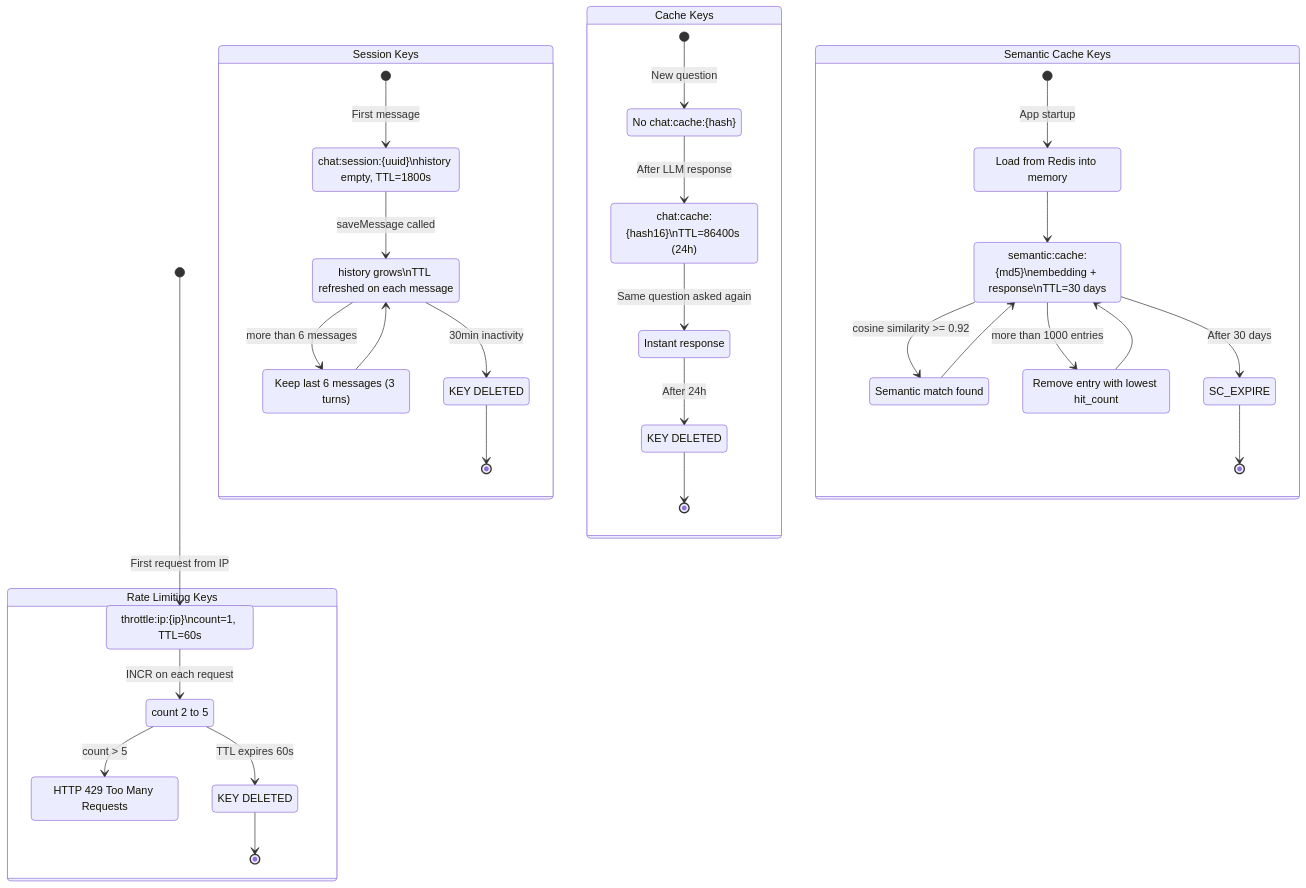
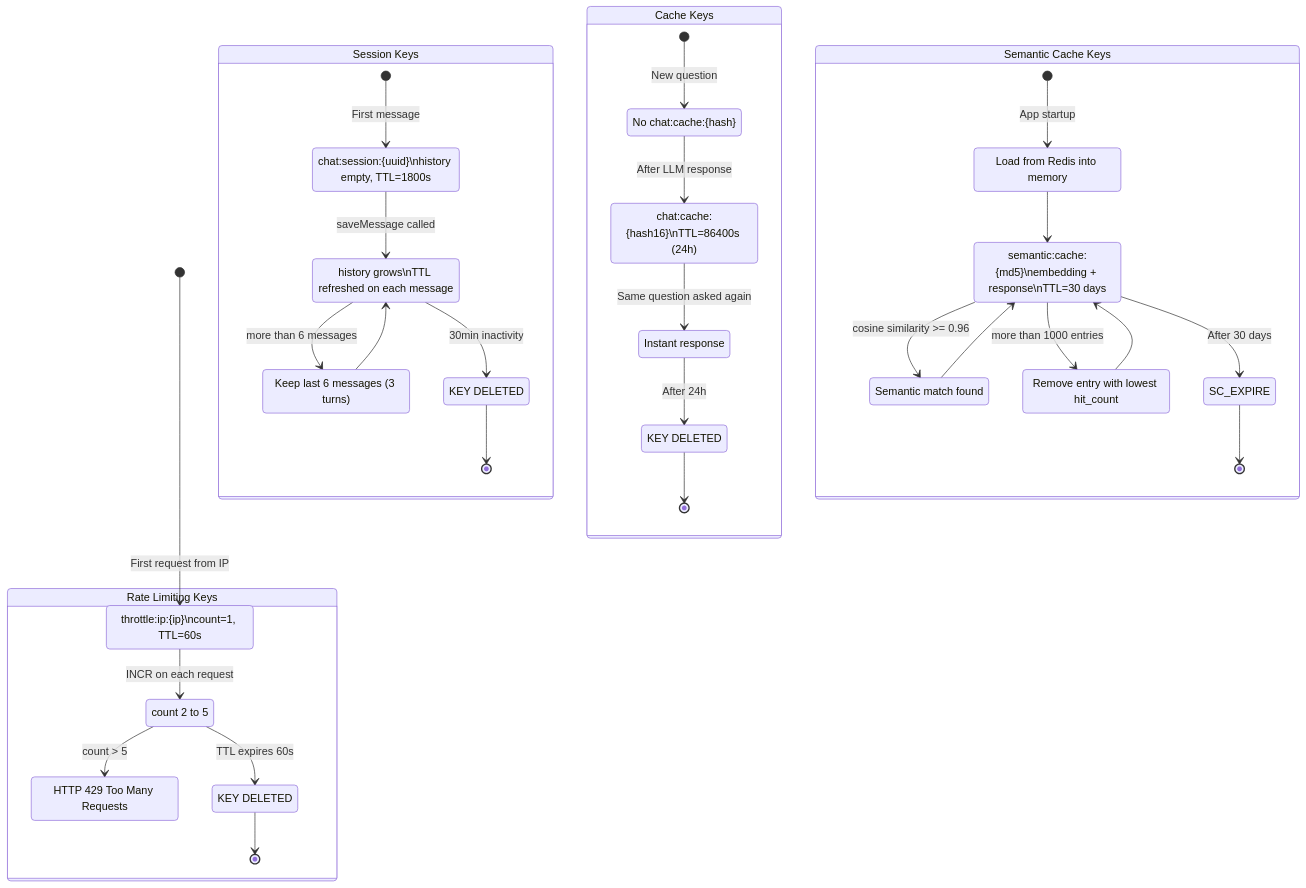
Diagram 15 of 15 in docs/ai-engine/chatbot-diagrams.md (truongvinhkhuong/tdh-tte), drawn with Mermaid before and after one commit. The commit also changed other lines of this file and 23 other files, not shown here.

````diff
--- a/docs/ai-engine/chatbot-diagrams.md
+++ b/docs/ai-engine/chatbot-diagrams.md
@@ -763,55 +763,55 @@
 ```mermaid
 stateDiagram-v2
     [*] --> IP_COUNTER : First request from IP
 
     state "Rate Limiting Keys" as RL {
         IP_COUNTER : throttle:ip:{ip}\ncount=1, TTL=60s
         IP_COUNTER --> IP_COUNTING : INCR on each request
         IP_COUNTING : count 2 to 5
         IP_COUNTING --> IP_LIMIT : count > 5
         IP_LIMIT : HTTP 429 Too Many Requests
         IP_COUNTING --> IP_EXPIRE : TTL expires 60s
         IP_EXPIRE : KEY DELETED
         IP_EXPIRE --> [*]
     }
 
     state "Session Keys" as SK {
         [*] --> SESSION_NEW : First message
         SESSION_NEW : chat:session:{uuid}\nhistory empty, TTL=1800s
         SESSION_NEW --> SESSION_ACTIVE : saveMessage called
         SESSION_ACTIVE : history grows\nTTL refreshed on each message
         SESSION_ACTIVE --> SESSION_TRIM : more than 6 messages
         SESSION_TRIM : Keep last 6 messages (3 turns)
         SESSION_TRIM --> SESSION_ACTIVE
         SESSION_ACTIVE --> SESSION_EXPIRE : 30min inactivity
         SESSION_EXPIRE : KEY DELETED
         SESSION_EXPIRE --> [*]
     }
 
     state "Cache Keys" as CK {
         [*] --> CACHE_MISS : New question
         CACHE_MISS : No chat:cache:{hash}
         CACHE_MISS --> CACHE_WRITE : After LLM response
         CACHE_WRITE : chat:cache:{hash16}\nTTL=86400s (24h)
         CACHE_WRITE --> CACHE_HIT : Same question asked again
         CACHE_HIT : Instant response
         CACHE_HIT --> CACHE_EXPIRE : After 24h
         CACHE_EXPIRE : KEY DELETED
         CACHE_EXPIRE --> [*]
     }
 
     state "Semantic Cache Keys" as SC {
         [*] --> SC_LOAD : App startup
         SC_LOAD : Load from Redis into memory
         SC_LOAD --> SC_ACTIVE
         SC_ACTIVE : semantic:cache:{md5}\nembedding + response\nTTL=30 days
-        SC_ACTIVE --> SC_HIT : cosine similarity >= 0.92
+        SC_ACTIVE --> SC_HIT : cosine similarity >= 0.96
         SC_HIT : Semantic match found
         SC_HIT --> SC_ACTIVE
         SC_ACTIVE --> SC_EVICT : more than 1000 entries
         SC_EVICT : Remove entry with lowest hit_count
         SC_EVICT --> SC_ACTIVE
         SC_ACTIVE --> SC_EXPIRE : After 30 days
         SC_EXPIRE --> [*]
     }
 ```
````
